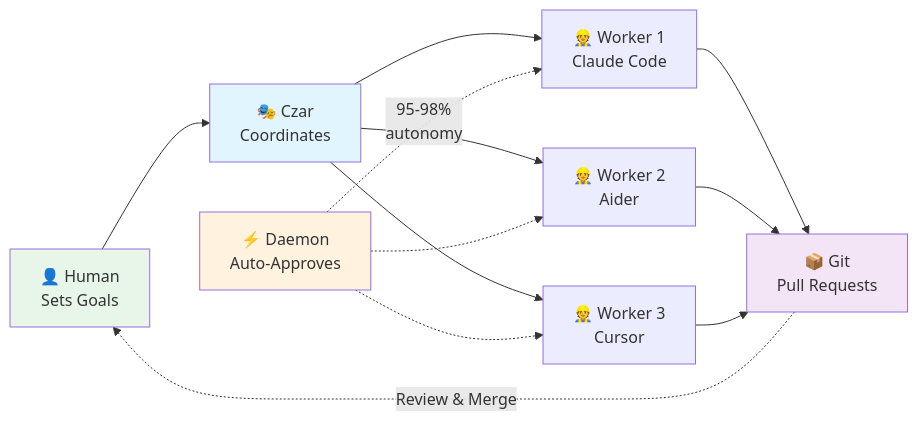
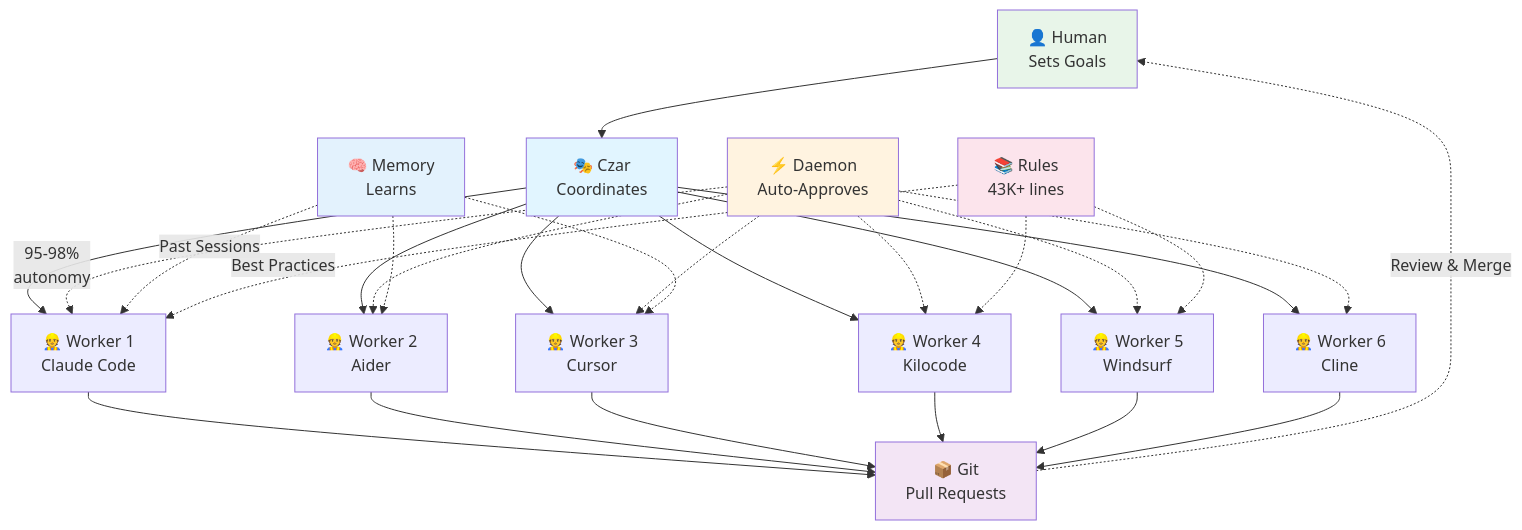
Before and after one commit to apathy-ca/czarina: the diagram in README.md, drawn with Mermaid. The commit also changed other lines of this file and 14 other files, not shown here.

````diff
--- a/README.md
+++ b/README.md
@@ -13,23 +13,42 @@
 ```mermaid
-graph LR
+graph TB
     H[👤 Human<br/>Sets Goals] --> C[🎭 Czar<br/>Coordinates]
 
     C --> W1[👷 Worker 1<br/>Claude Code]
     C --> W2[👷 Worker 2<br/>Aider]
     C --> W3[👷 Worker 3<br/>Cursor]
+    C --> W4[👷 Worker 4<br/>Kilocode]
+    C --> W5[👷 Worker 5<br/>Windsurf]
+    C --> W6[👷 Worker 6<br/>Cline]
 
     D[⚡ Daemon<br/>Auto-Approves] -.->|95-98%<br/>autonomy| W1
     D -.-> W2
     D -.-> W3
+    D -.-> W4
+    D -.-> W5
+    D -.-> W6
 
     W1 --> G[📦 Git<br/>Pull Requests]
     W2 --> G
     W3 --> G
+    W4 --> G
+    W5 --> G
+    W6 --> G
 
     G -.->|Review & Merge| H
+
+    M[🧠 Memory<br/>Learns] -.->|Past Sessions| W1
+    M -.-> W2
+    M -.-> W3
+
+    R[📚 Rules<br/>43K+ lines] -.->|Best Practices| W1
+    R -.-> W4
+    R -.-> W5
 
     style H fill:#e8f5e9
     style C fill:#e1f5ff
     style D fill:#fff3e0
     style G fill:#f3e5f5
+    style M fill:#e3f2fd
+    style R fill:#fce4ec
 ```
````
